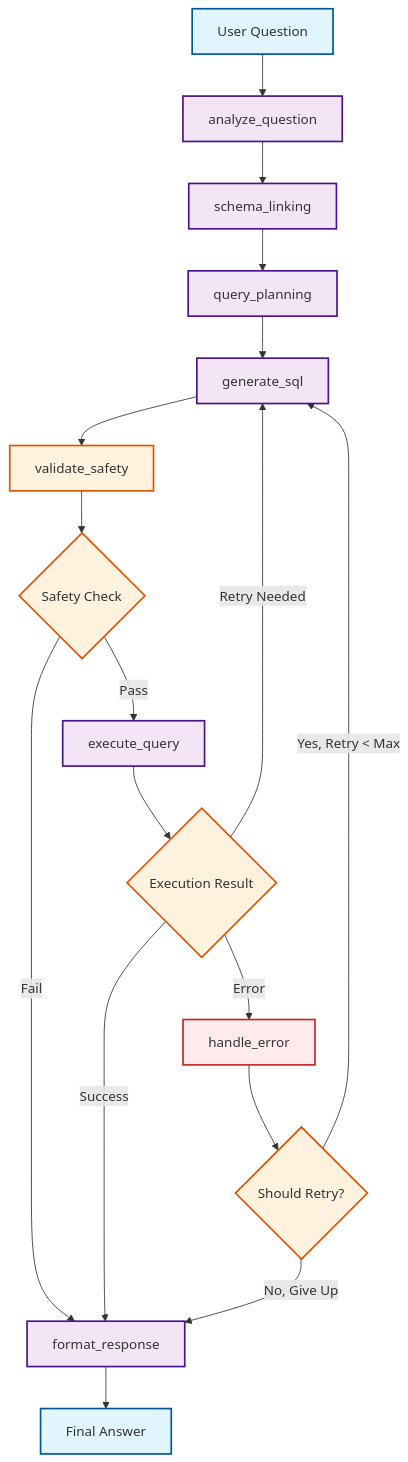
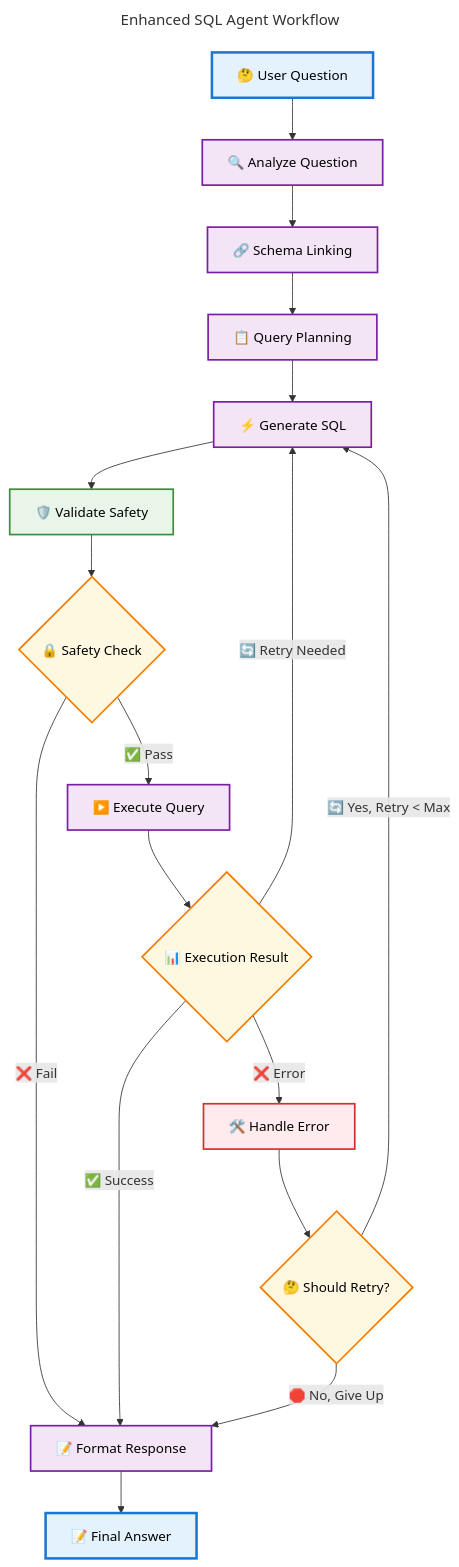
Before and after one commit to project-ryoma/ryoma: the diagram in docs/source/architecture/enhanced-sql-agent-workflow.mmd, drawn with Mermaid. The commit also changed 32 other files, not shown here.

```diff
--- a/docs/source/architecture/enhanced-sql-agent-workflow.mmd
+++ b/docs/source/architecture/enhanced-sql-agent-workflow.mmd
@@ -1,32 +1,42 @@
+---
+title: Enhanced SQL Agent Workflow
+---
 graph TD
-    A[User Question] --> B[analyze_question]
-    B --> C[schema_linking]
-    C --> D[query_planning]
-    D --> E[generate_sql]
-    E --> F[validate_safety]
-    
-    F --> G{Safety Check}
-    G -->|Pass| H[execute_query]
-    G -->|Fail| M[format_response]
-    
-    H --> I{Execution Result}
-    I -->|Success| M[format_response]
-    I -->|Error| J[handle_error]
-    I -->|Retry Needed| E
-    
-    J --> K{Should Retry?}
-    K -->|Yes, Retry < Max| E
-    K -->|No, Give Up| M
-    
-    M --> N[Final Answer]
-    
+    %% Main Workflow
+    A[🤔 User Question] --> B[🔍 Analyze Question]
+    B --> C[🔗 Schema Linking]
+    C --> D[📋 Query Planning]
+    D --> E[⚡ Generate SQL]
+    E --> F[🛡️ Validate Safety]
+
+    %% Safety Check Branch
+    F --> G{🔒 Safety Check}
+    G -->|✅ Pass| H[▶️ Execute Query]
+    G -->|❌ Fail| M[📝 Format Response]
+
+    %% Execution Branch
+    H --> I{📊 Execution Result}
+    I -->|✅ Success| M[📝 Format Response]
+    I -->|❌ Error| J[🛠️ Handle Error]
+    I -->|🔄 Retry Needed| E
+
+    %% Error Handling Branch
+    J --> K{🤔 Should Retry?}
+    K -->|🔄 Yes, Retry < Max| E
+    K -->|🛑 No, Give Up| M
+
+    %% Final Output
+    M --> N[📝 Final Answer]
+
     %% Styling
-    classDef startEnd fill:#e1f5fe,stroke:#01579b,stroke-width:2px
-    classDef process fill:#f3e5f5,stroke:#4a148c,stroke-width:2px
-    classDef decision fill:#fff3e0,stroke:#e65100,stroke-width:2px
-    classDef error fill:#ffebee,stroke:#c62828,stroke-width:2px
-    
+    classDef startEnd fill:#e3f2fd,stroke:#1976d2,stroke-width:3px,color:#000
+    classDef process fill:#f3e5f5,stroke:#7b1fa2,stroke-width:2px,color:#000
+    classDef decision fill:#fff8e1,stroke:#f57c00,stroke-width:2px,color:#000
+    classDef error fill:#ffebee,stroke:#d32f2f,stroke-width:2px,color:#000
+    classDef success fill:#e8f5e8,stroke:#388e3c,stroke-width:2px,color:#000
+
     class A,N startEnd
-    class B,C,D,E,H,J,M process
-    class F,G,I,K decision
+    class B,C,D,E,H,M process
+    class G,I,K decision
     class J error
+    class F success
```
